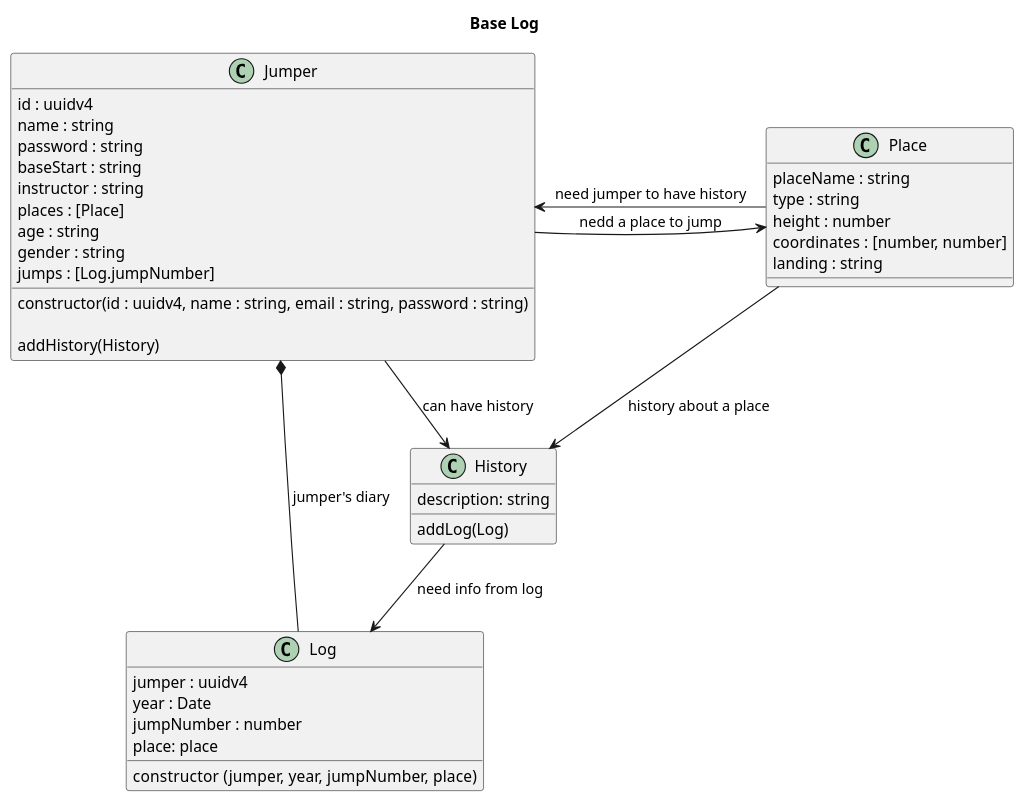
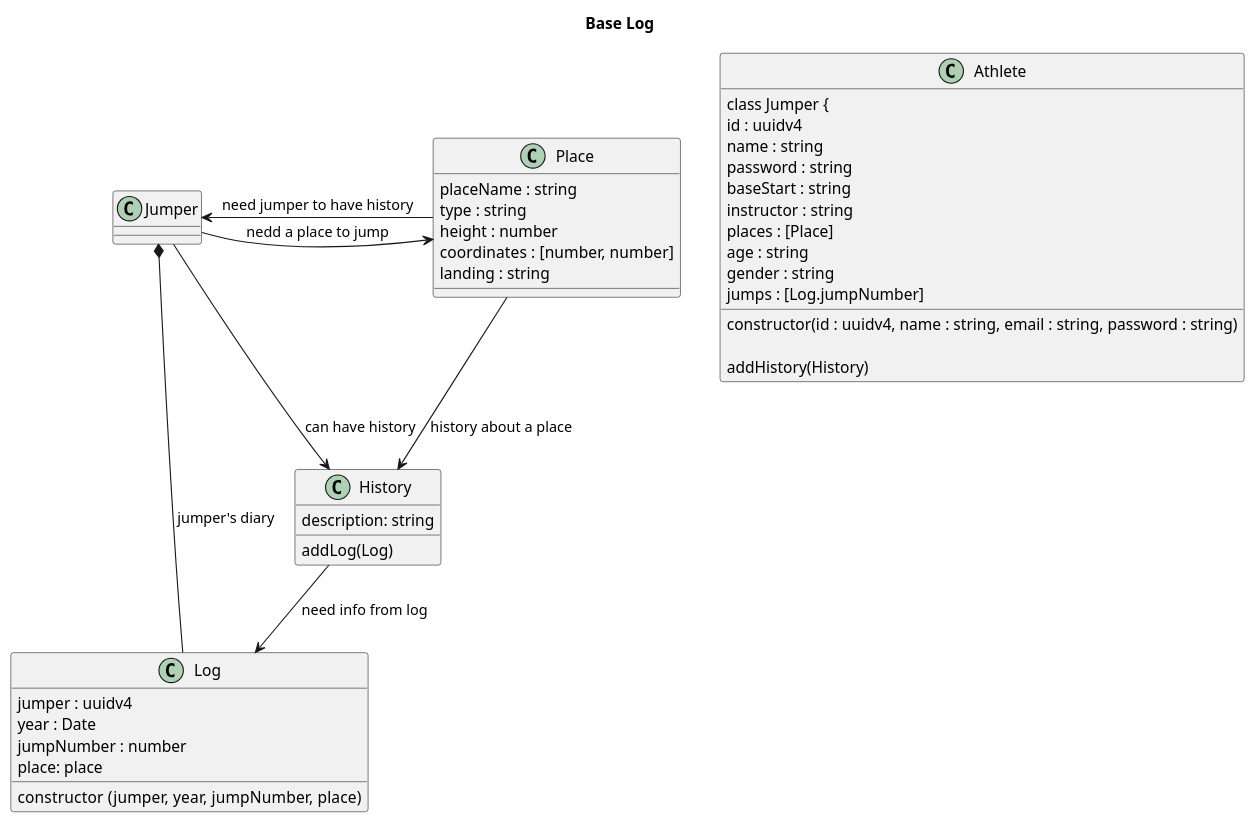
One commit to discombobulateme/webdoc changed the diagram in architecture/class.puml. Above: the diagram before and after it, drawn with PlantUML.

Commit message:
Change Jumper for Athlete to improve naming

```diff
--- a/architecture/class.puml
+++ b/architecture/class.puml
@@ -1,61 +1,62 @@
 @startuml Base Log
 Title Base Log
 
+class Athlete {
 class Jumper {
 id : uuidv4
 name : string
 password : string
 baseStart : string
 instructor : string
 places : [Place]
 age : string
 gender : string
 jumps : [Log.jumpNumber]
 
 constructor(id : uuidv4, name : string, email : string, password : string)
 
 ' A jumper can have one or more histories
 addHistory(History)
 }
 
 ' Place is static, works on it's own
 class Place {
 placeName : string
 type : string
 height : number
 coordinates : [number, number]
 landing : string
 }
 
 ' History is what goes to the timeline
 class History {
 description: string
 ' Instead of repeating the Log infos
 addLog(Log)
 }
 
 class Log {
 jumper : uuidv4
 year : Date
 ' jumpNumber is a counter
 jumpNumber : number
 place: place
 
 constructor (jumper, year, jumpNumber, place)
 }
 
 ' Head *- Hand : composition
 ' Parent o-- IndependentChild : agregation
 ' Need --> Use : association
 
 Jumper -> Place : nedd a place to jump
 Jumper *- Log : jumper's diary
 Jumper -> History : can have history
 
 History --> Log : need info from log
 
 Place -> Jumper : need jumper to have history
 Place --> History : history about a place
 
 
 @enduml
```
